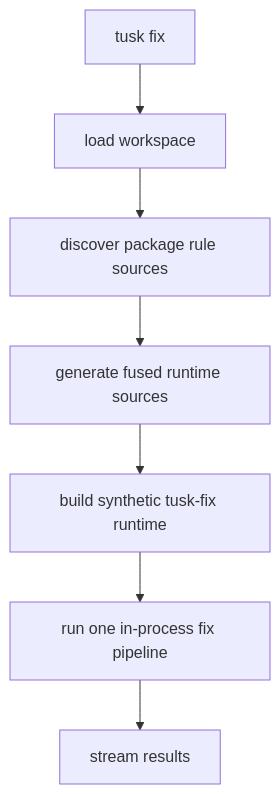
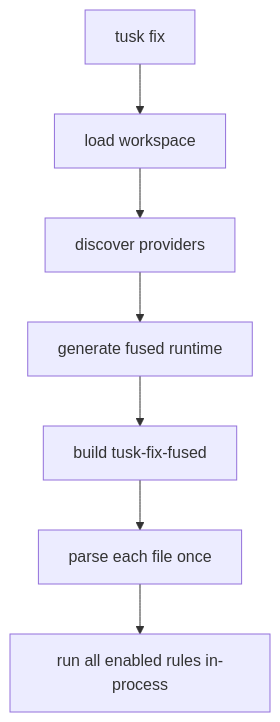
Before and after one commit to leostera/riot-lang: the diagram in docs/rfds/RFD0013-tusk-fix-package-provided-rules.md, drawn with Mermaid. The commit also changed other lines of this file and 20 other files, not shown here.

Commit message:
feat(tusk): add dependency classes for build tooling

````diff
--- a/docs/rfds/RFD0013-tusk-fix-package-provided-rules.md
+++ b/docs/rfds/RFD0013-tusk-fix-package-provided-rules.md
@@ -122,9 +89,9 @@
 ```mermaid
 flowchart TD
   A[tusk fix] --> B[load workspace]
-  B --> C[discover package rule sources]
-  C --> D[generate fused runtime sources]
-  D --> E[build synthetic tusk-fix runtime]
-  E --> F[run one in-process fix pipeline]
-  F --> G[stream results]
+  B --> C[discover providers]
+  C --> D[generate fused runtime]
+  D --> E[build tusk-fix-fused]
+  E --> F[parse each file once]
+  F --> G[run all enabled rules in-process]
 ```
````
